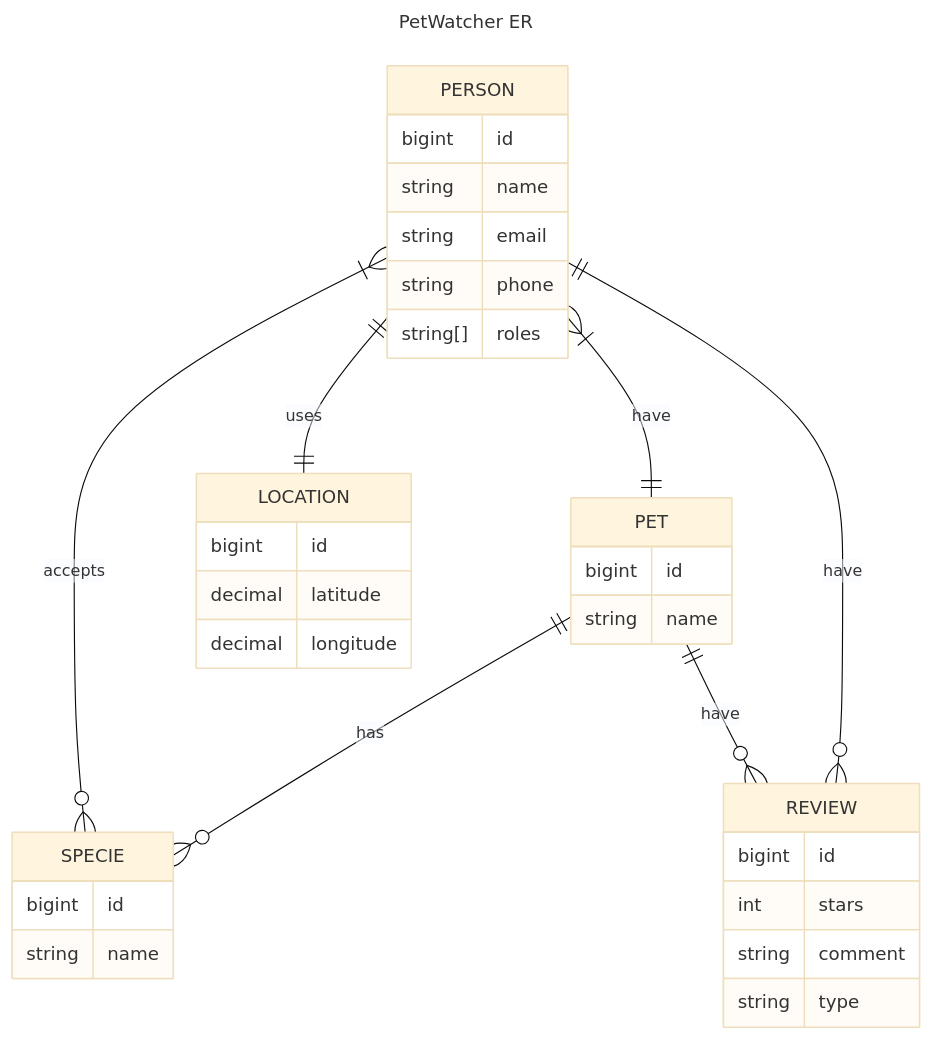
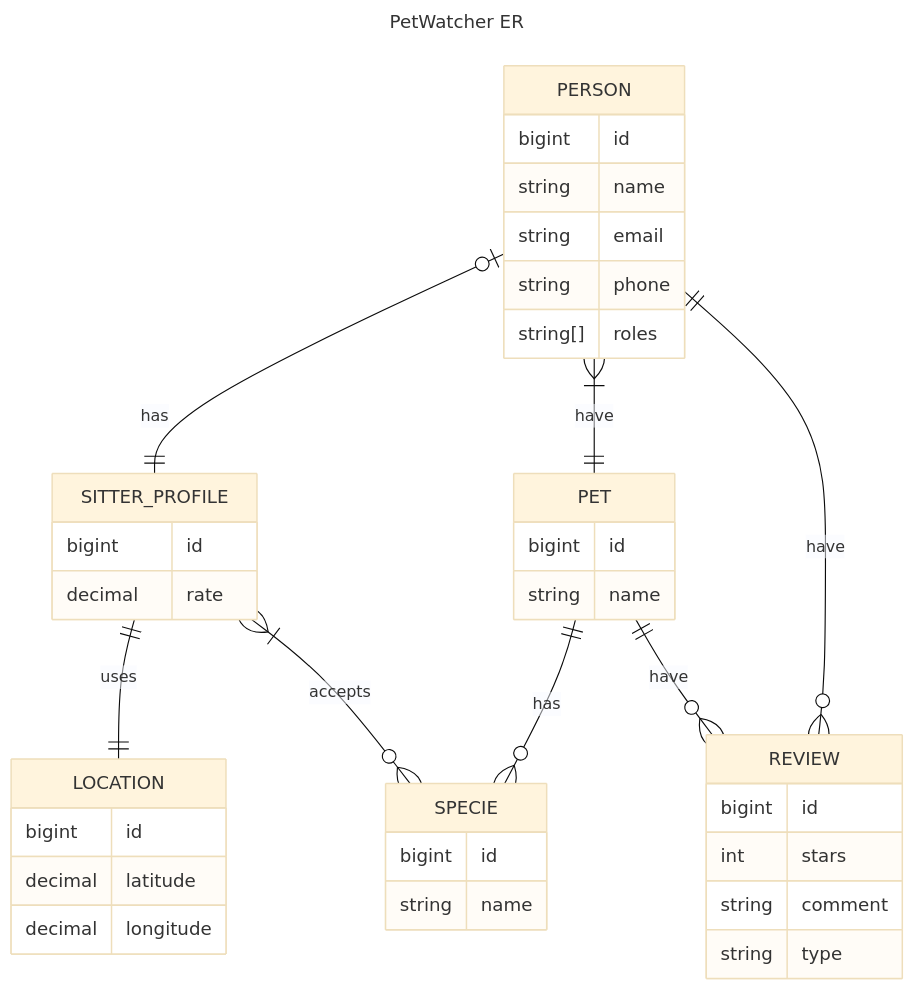
The diagram in README.md (saviocangussu-pet/hackaton-petwatcher), drawn with Mermaid (base theme) before and after one commit. The commit also changed 10 other files, not shown here.

````diff
--- a/README.md
+++ b/README.md
@@ -37,39 +37,44 @@
 ```mermaid
 ---
 title: PetWatcher ER
 ---
 erDiagram
+  SITTER_PROFILE ||--|| LOCATION : uses
+  SITTER_PROFILE }|--o{ SPECIE : accepts
+  PERSON |o--|| SITTER_PROFILE : has
   PERSON }|--|| PET : have
-  PERSON ||--|| LOCATION : uses
-  PERSON }|--o{ SPECIE : accepts
   PET ||--o{ SPECIE : has
   PET ||--o{ REVIEW : have
   PERSON ||--o{ REVIEW : have
 
+  SITTER_PROFILE{
+    bigint id
+    decimal rate
+  }
   PERSON {
     bigint id
     string name
     string email
     string phone
     string[] roles
   }
   PET {
     bigint id
     string name
   }
   SPECIE {
     bigint id
     string name
   }
   LOCATION {
     bigint id
     decimal latitude
     decimal longitude
   }
   REVIEW {
     bigint id
     int stars
     string comment
     string type
   }
 ```
````
